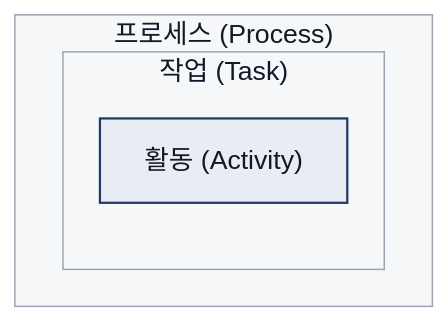
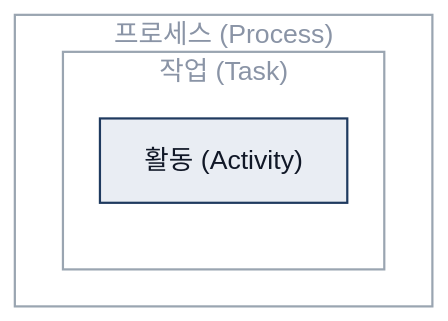
The second of 7 diagrams in study_archive/software_engineering/01_dev_process.md (Jenny5789/python), drawn with Mermaid before and after one commit. The commit also changed other lines of this file and 16 other files, not shown here.

````diff
--- a/study_archive/software_engineering/01_dev_process.md
+++ b/study_archive/software_engineering/01_dev_process.md
@@ -56,13 +56,13 @@
 ```mermaid
 %%{init: {'theme': 'base', 'themeVariables': {'fontSize': '18px', 'primaryColor': '#E9EDF3', 'primaryBorderColor': '#1F3A5F', 'primaryTextColor': '#111827', 'lineColor': '#8A94A6', 'secondaryColor': '#F3F4F6', 'tertiaryColor': '#F3F4F6', 'clusterBkg': '#F6F7F9', 'clusterBorder': '#9AA5B1', 'edgeLabelBackground': '#E9EDF3'}, 'flowchart': {'nodeSpacing': 30, 'rankSpacing': 40}}}%%
 flowchart TD
   classDef default fill:#E9EDF3,stroke:#1F3A5F,stroke-width:1.5px,color:#111827
   linkStyle default stroke:#8A94A6,stroke-width:3px,color:#111827
   subgraph P["프로세스 (Process)"]
     subgraph T["작업 (Task)"]
       A["활동 (Activity)"]
     end
   end
-  style P fill:#F6F7F9,stroke:#9AA5B1,color:#111827
-  style T fill:#F6F7F9,stroke:#9AA5B1,color:#111827
+  style P fill:none,stroke:#9AA5B1,stroke-width:1.5px,color:#8A94A6
+  style T fill:none,stroke:#9AA5B1,stroke-width:1.5px,color:#8A94A6
 ```
````
